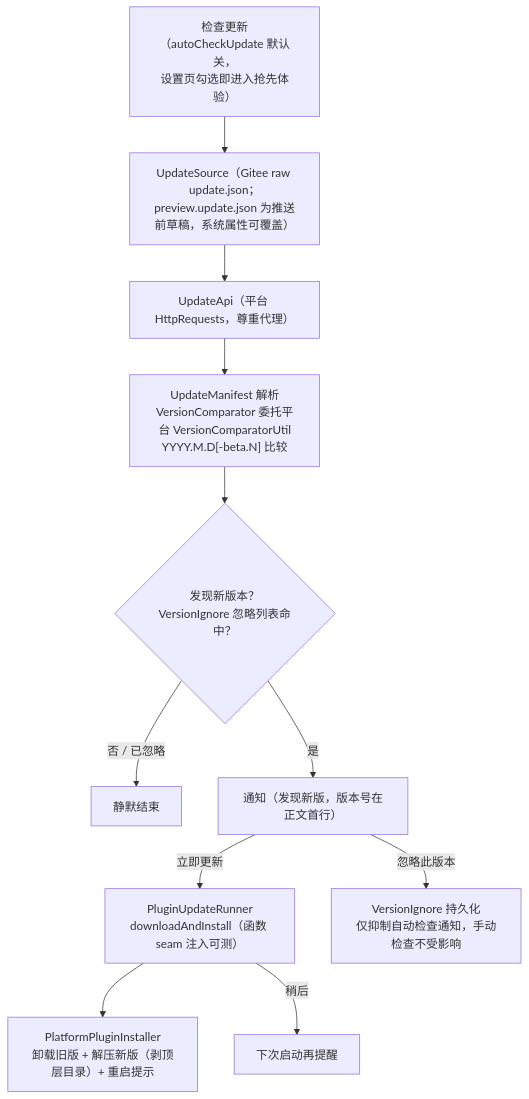
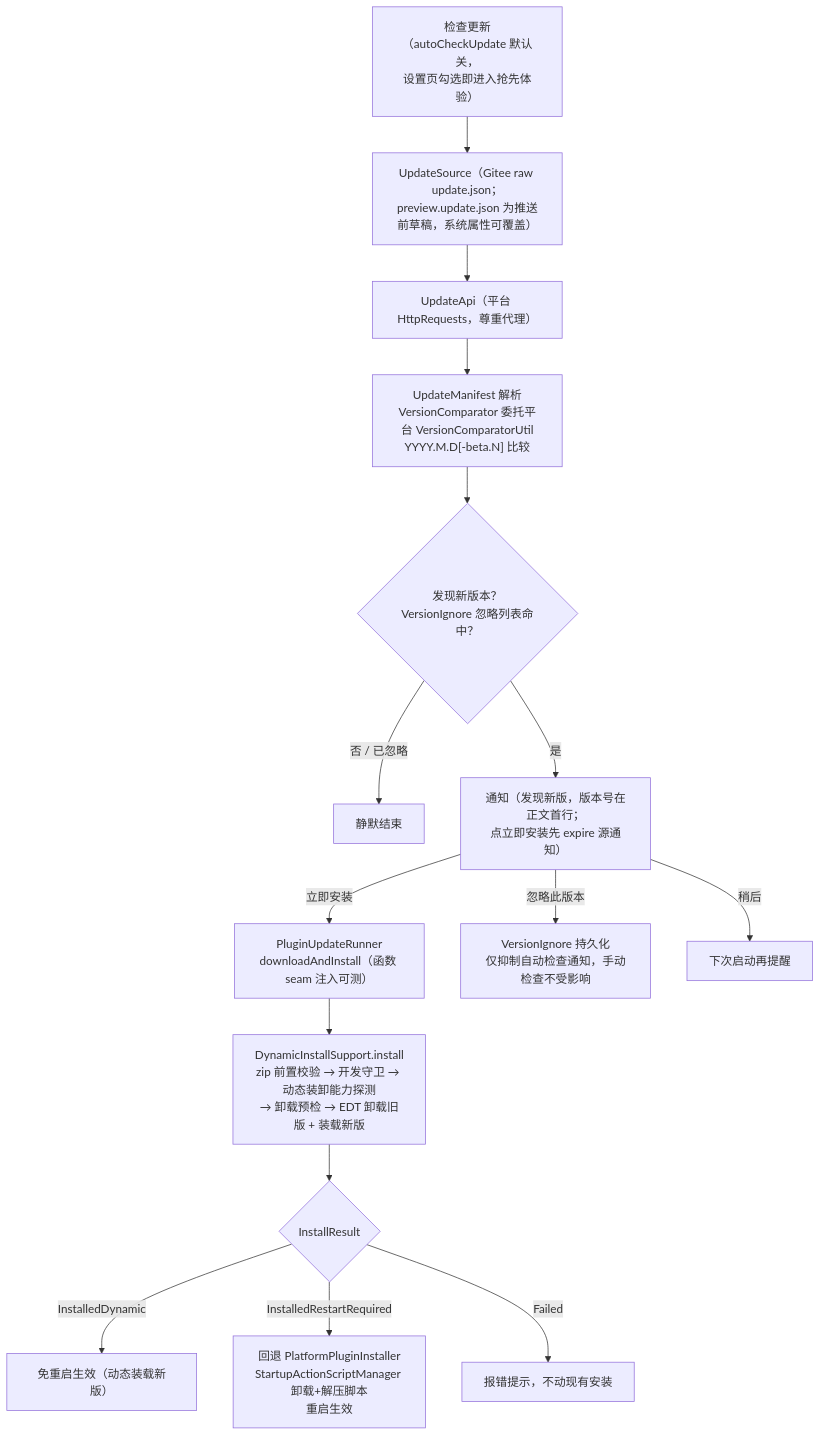
One commit to JayF211/mybatis-plus-sql-visualizer changed diagram 13 of 13 in docs/架构设计/02-核心流程详解.md. Above: the diagram before and after it, drawn with Mermaid. The commit also changed other lines of this file and 4 other files, not shown here.

Commit message:
docs: 架构设计系列同步 dev 当前基线——触发面 gutter 9→13、JOIN 原生 Diagrams 双引擎（§7 新章）/免重启热替换 DynamicInstallSupport（自更新重写）/历史参数持久化 v2/psource·feedback 新包入册、ConverterRegistry 10→11+EQ/MDS/QD 前置派发、测试基线 295类/3788用例（2026-09-12）、发布流程免重启口径与 262 签名护栏、触发面清单补 3 provider 行、EXPLAIN 汉化文案

````diff
--- a/docs/架构设计/02-核心流程详解.md
+++ b/docs/架构设计/02-核心流程详解.md
@@ -446,13 +491,17 @@
 ```mermaid
 flowchart TD
     CHECK["检查更新（autoCheckUpdate 默认关，<br/>设置页勾选即进入抢先体验）"] --> SRC["UpdateSource（Gitee raw update.json；<br/>preview.update.json 为推送前草稿，系统属性可覆盖）"]
     SRC --> API["UpdateApi（平台 HttpRequests，尊重代理）"]
     API --> MAN["UpdateManifest 解析<br/>VersionComparator 委托平台 VersionComparatorUtil<br/>YYYY.M.D[-beta.N] 比较"]
     MAN --> NEW{"发现新版本？<br/>VersionIgnore 忽略列表命中？"}
     NEW -->|"否 / 已忽略"| NONE["静默结束"]
-    NEW -->|"是"| NOTIFY["通知（发现新版，版本号在正文首行）"]
-    NOTIFY -->|"立即更新"| RUN["PluginUpdateRunner<br/>downloadAndInstall（函数 seam 注入可测）"]
-    RUN --> INST["PlatformPluginInstaller<br/>卸载旧版 + 解压新版（剥顶层目录）+ 重启提示"]
+    NEW -->|"是"| NOTIFY["通知（发现新版，版本号在正文首行；<br/>点立即安装先 expire 源通知）"]
+    NOTIFY -->|"立即安装"| RUN["PluginUpdateRunner<br/>downloadAndInstall（函数 seam 注入可测）"]
+    RUN --> DYN["DynamicInstallSupport.install<br/>zip 前置校验 → 开发守卫 → 动态装卸能力探测<br/>→ 卸载预检 → EDT 卸载旧版 + 装载新版"]
+    DYN --> RES{"InstallResult"}
+    RES -->|"InstalledDynamic"| OK["免重启生效（动态装载新版）"]
+    RES -->|"InstalledRestartRequired"| FB["回退 PlatformPluginInstaller<br/>StartupActionScriptManager 卸载+解压脚本<br/>重启生效"]
+    RES -->|"Failed"| FAIL["报错提示，不动现有安装"]
     NOTIFY -->|"忽略此版本"| IGN["VersionIgnore 持久化<br/>仅抑制自动检查通知，手动检查不受影响"]
-    RUN -->|"稍后"| LATER["下次启动再提醒"]
+    NOTIFY -->|"稍后"| LATER["下次启动再提醒"]
 ```
````
